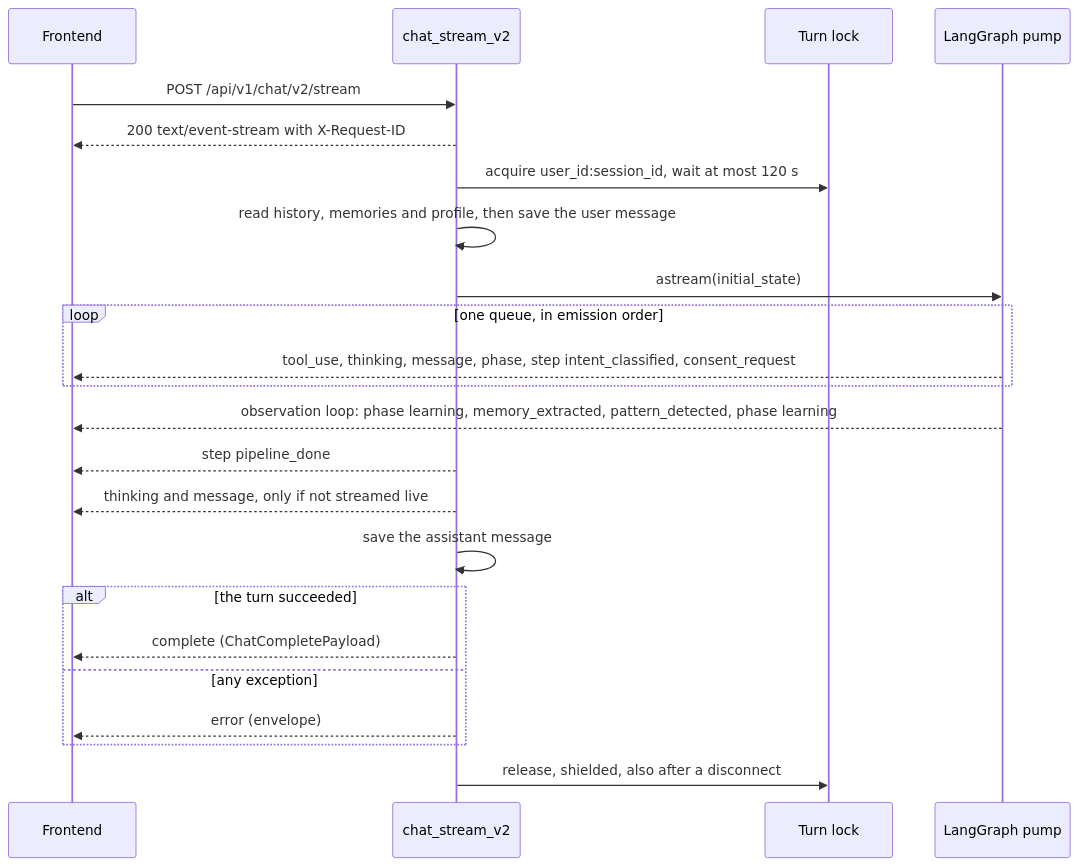
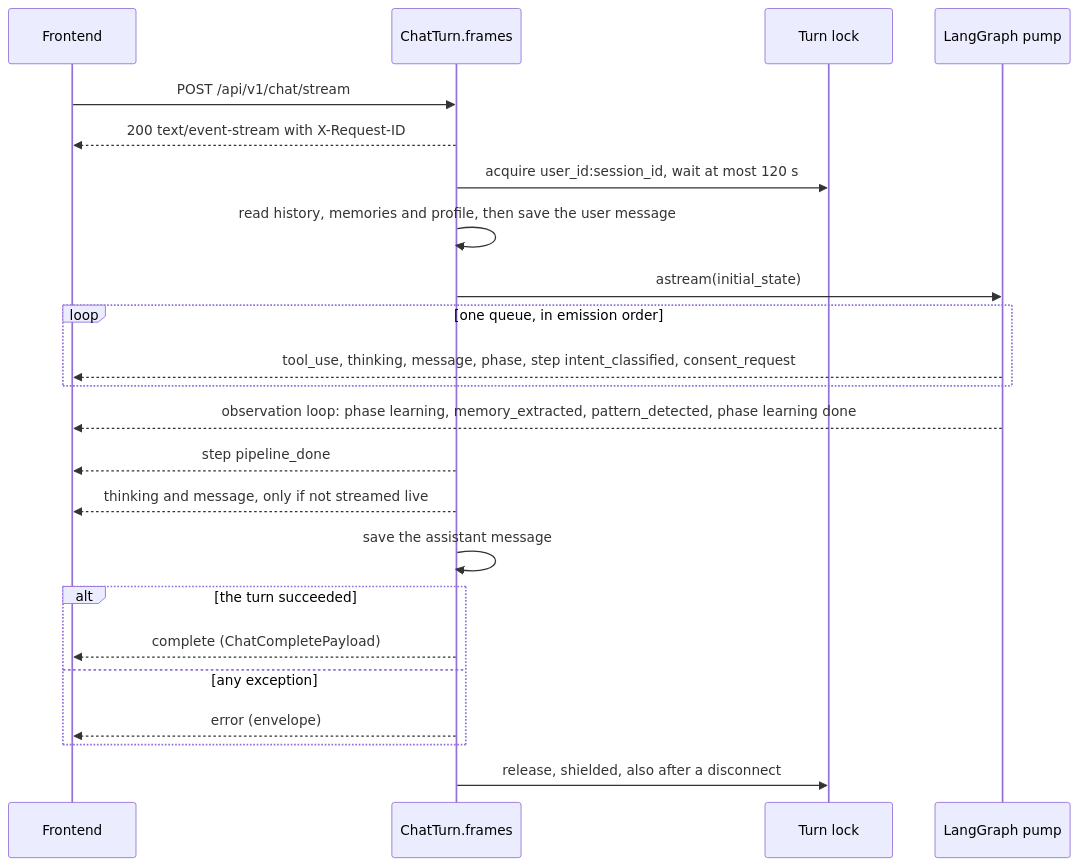
The second of 2 diagrams in docs/capstone/07-api-design.md (HackHeroic/Jarvis-Engine), drawn with Mermaid before and after one commit. The commit also changed other lines of this file and 8 other files, not shown here.

````diff
--- a/docs/capstone/07-api-design.md
+++ b/docs/capstone/07-api-design.md
@@ -614,25 +627,25 @@
 ```mermaid
 sequenceDiagram
     participant FE as Frontend
-    participant H as chat_stream_v2
+    participant H as ChatTurn.frames
     participant L as Turn lock
     participant G as LangGraph pump
-    FE->>H: POST /api/v1/chat/v2/stream
+    FE->>H: POST /api/v1/chat/stream
     H-->>FE: 200 text/event-stream with X-Request-ID
     H->>L: acquire user_id:session_id, wait at most 120 s
     H->>H: read history, memories and profile, then save the user message
     H->>G: astream(initial_state)
     loop one queue, in emission order
         G-->>FE: tool_use, thinking, message, phase, step intent_classified, consent_request
     end
-    G-->>FE: observation loop: phase learning, memory_extracted, pattern_detected, phase learning
+    G-->>FE: observation loop: phase learning, memory_extracted, pattern_detected, phase learning done
     H-->>FE: step pipeline_done
     H-->>FE: thinking and message, only if not streamed live
     H->>H: save the assistant message
     alt the turn succeeded
         H-->>FE: complete (ChatCompletePayload)
     else any exception
         H-->>FE: error (envelope)
     end
     H->>L: release, shielded, also after a disconnect
 ```
````
